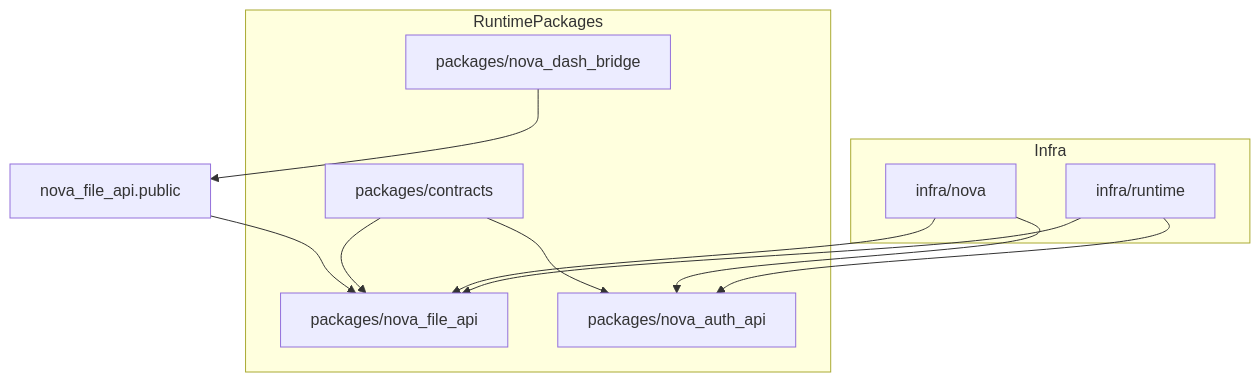
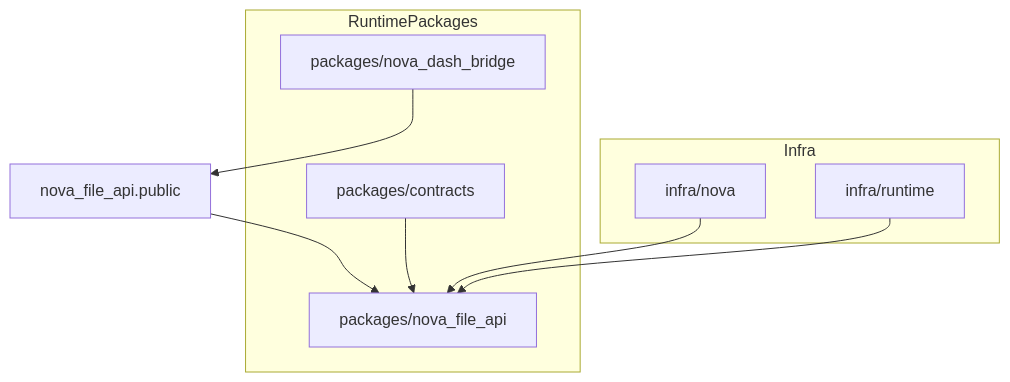
The first of 6 diagrams in docs/overview/NOVA-REPO-OVERVIEW.md (BjornMelin/nova), drawn with Mermaid before and after one commit. The commit also changed other lines of this file and 160 other files, not shown here.

````diff
--- a/docs/overview/NOVA-REPO-OVERVIEW.md
+++ b/docs/overview/NOVA-REPO-OVERVIEW.md
@@ -29,22 +27,18 @@
 ```mermaid
 flowchart TB
     subgraph RuntimePackages
         P1["packages/nova_file_api"]
-        P2["packages/nova_auth_api"]
-        P3["packages/nova_dash_bridge"]
-        P4["packages/contracts"]
+        P2["packages/nova_dash_bridge"]
+        P3["packages/contracts"]
     end
     subgraph Infra
         I1["infra/nova"]
         I2["infra/runtime"]
     end
 
-    P3 --> PUB["nova_file_api.public"]
+    P2 --> PUB["nova_file_api.public"]
     PUB --> P1
-    P4 --> P1
-    P4 --> P2
+    P3 --> P1
     I1 --> P1
-    I1 --> P2
     I2 --> P1
-    I2 --> P2
 ```
````
